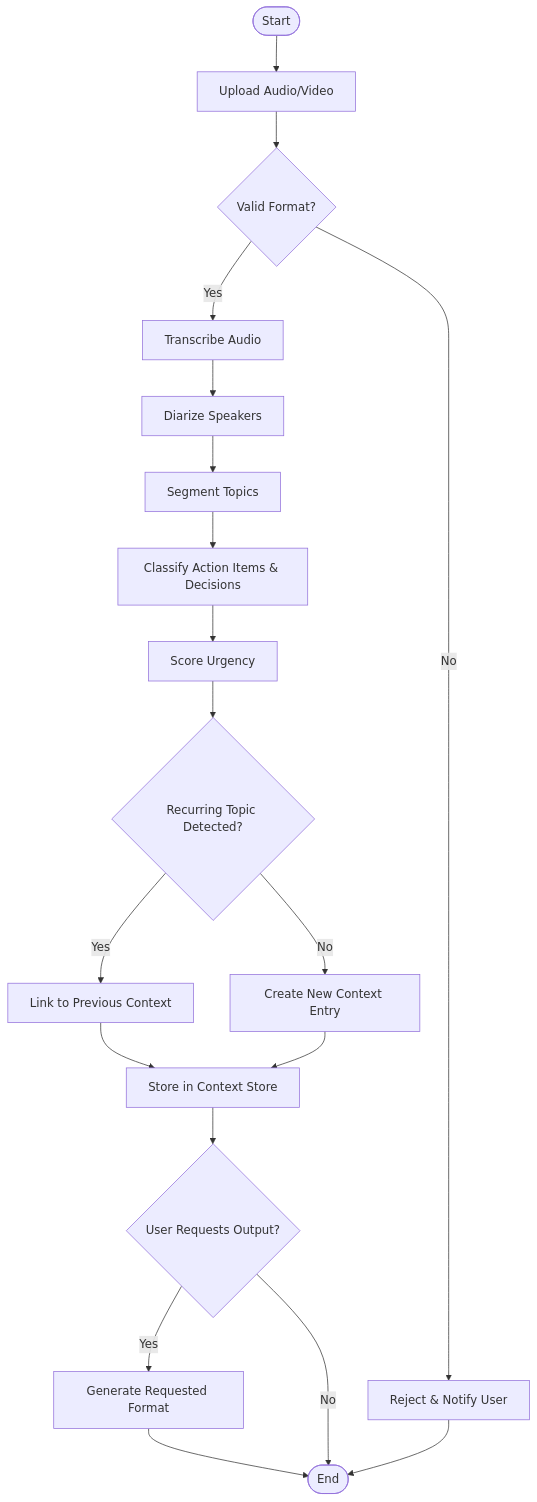
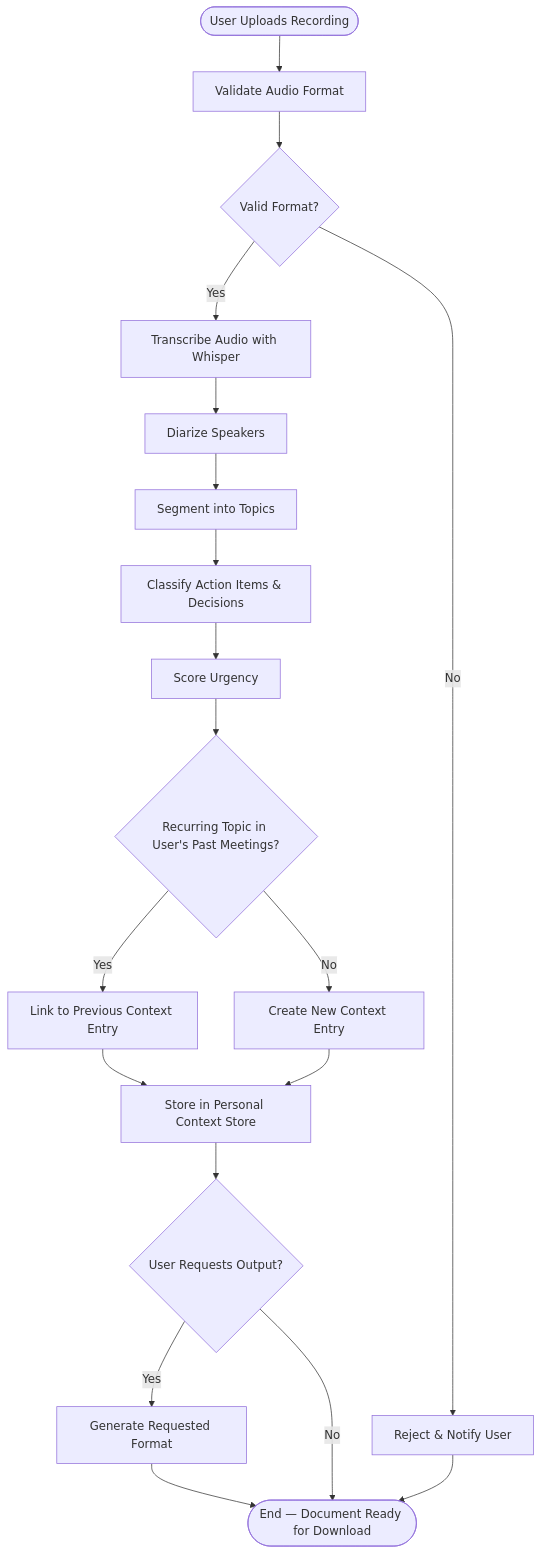
The fourth of 8 diagrams in docs/CMIS_UML_Diagrams.md (Karansinh22/CMIS), drawn with Mermaid before and after one commit. The commit also changed other lines of this file and 9 other files, not shown here.

````diff
--- a/docs/CMIS_UML_Diagrams.md
+++ b/docs/CMIS_UML_Diagrams.md
@@ -152,21 +162,21 @@
 ```mermaid
 flowchart TD
-    Start([Start]) --> A[Upload Audio/Video]
+    Start([User Uploads Recording]) --> A[Validate Audio Format]
     A --> B{Valid Format?}
     B -- No --> Z[Reject & Notify User]
-    B -- Yes --> C[Transcribe Audio]
+    B -- Yes --> C[Transcribe Audio with Whisper]
     C --> D[Diarize Speakers]
-    D --> E[Segment Topics]
+    D --> E[Segment into Topics]
     E --> F[Classify Action Items & Decisions]
     F --> G[Score Urgency]
-    G --> H{Recurring Topic Detected?}
-    H -- Yes --> I[Link to Previous Context]
+    G --> H{Recurring Topic in User's Past Meetings?}
+    H -- Yes --> I[Link to Previous Context Entry]
     H -- No --> J[Create New Context Entry]
-    I --> K[Store in Context Store]
+    I --> K[Store in Personal Context Store]
     J --> K
     K --> L{User Requests Output?}
     L -- Yes --> M[Generate Requested Format]
-    M --> N([End])
+    M --> N([End — Document Ready for Download])
     L -- No --> N
     Z --> N
 ```
````
